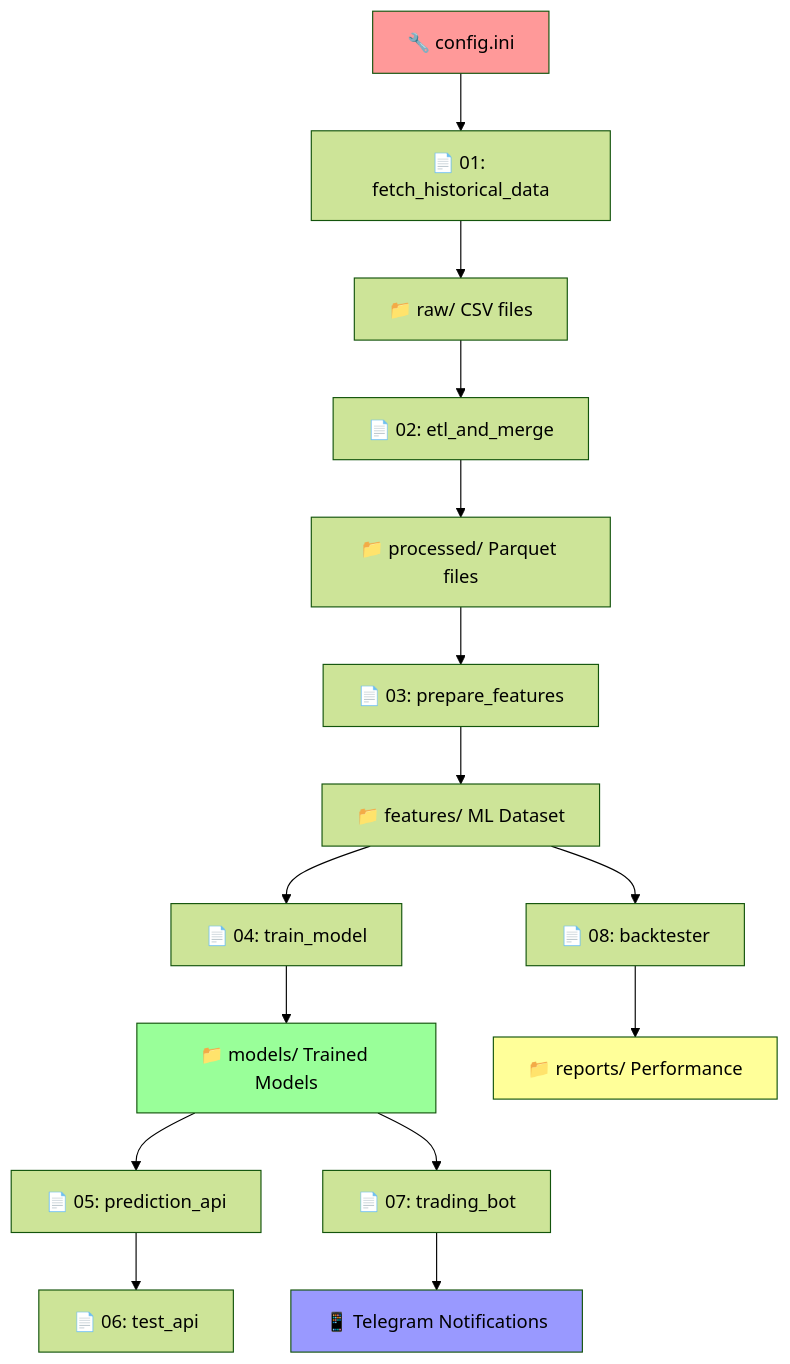
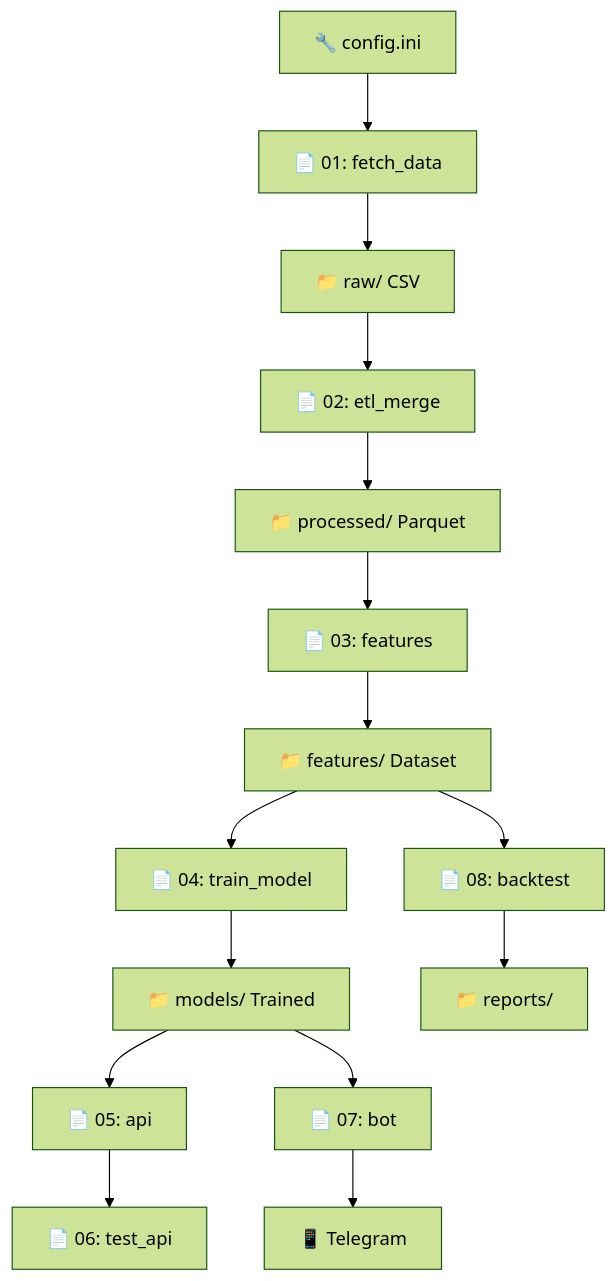
Before and after one commit to ama3639/MachineLearning: the diagram in README.md, drawn with Mermaid (forest theme). The commit also changed other lines of this file, not shown here.

````diff
--- a/README.md
+++ b/README.md
@@ -708,22 +378,11 @@
 ```mermaid
 graph TB
-    A[🔧 config.ini] --> B[📄 01: fetch_historical_data]
-    B --> C[📁 raw/ CSV files]
-    C --> D[📄 02: etl_and_merge]
-    D --> E[📁 processed/ Parquet files]
-    E --> F[📄 03: prepare_features]
-    F --> G[📁 features/ ML Dataset]
-    G --> H[📄 04: train_model]
-    H --> I[📁 models/ Trained Models]
-    I --> J[📄 05: prediction_api]
+    A[🔧 config.ini] --> B[📄 01: fetch_data]
+    B --> C[📁 raw/ CSV] --> D[📄 02: etl_merge]
+    D --> E[📁 processed/ Parquet] --> F[📄 03: features]
+    F --> G[📁 features/ Dataset] --> H[📄 04: train_model]
+    H --> I[📁 models/ Trained] --> J[📄 05: api]
     J --> K[📄 06: test_api]
-    I --> L[📄 07: trading_bot]
-    L --> M[📱 Telegram Notifications]
-    G --> N[📄 08: backtester]
-    N --> O[📁 reports/ Performance]
-    
-    style A fill:#ff9999
-    style I fill:#99ff99
-    style M fill:#9999ff
-    style O fill:#ffff99
+    I --> L[📄 07: bot] --> M[📱 Telegram]
+    G --> N[📄 08: backtest] --> O[📁 reports/]
 ```
````
